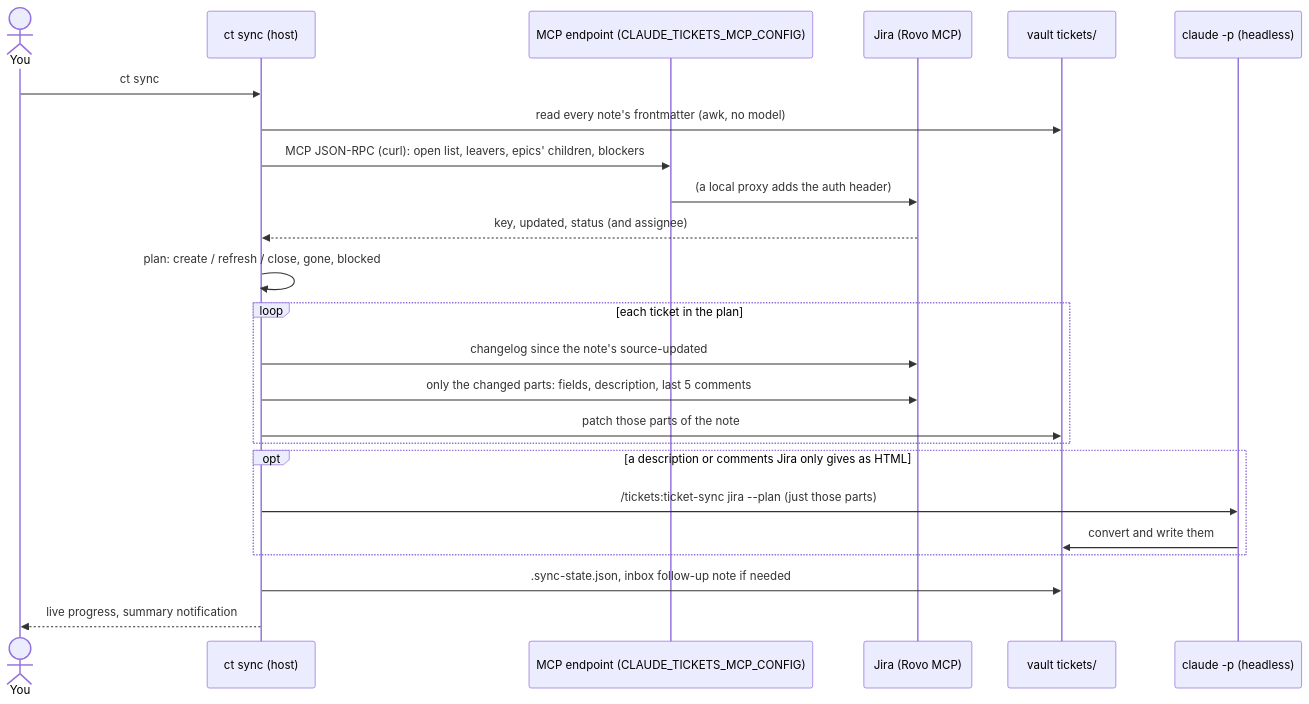
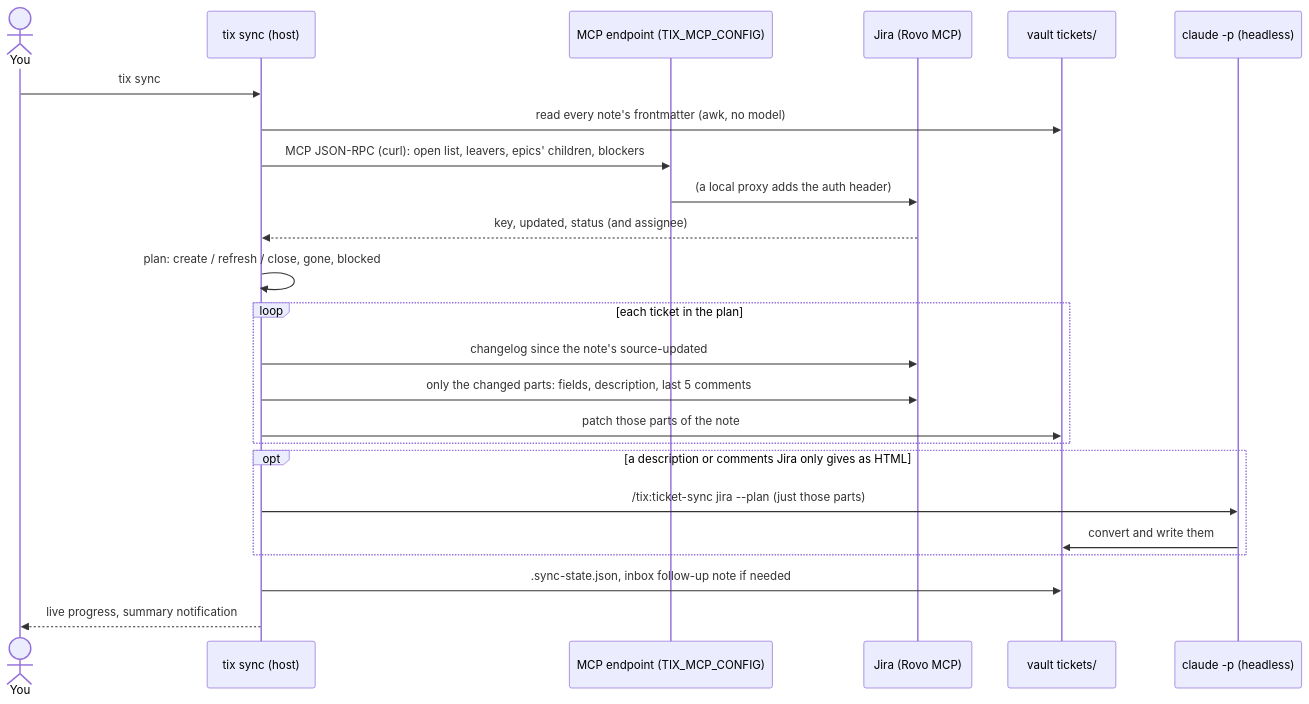
The first of 6 diagrams in README.md (zero4573/claude-tickets), drawn with Mermaid before and after one commit. The commit also changed other lines of this file and 361 other files, not shown here.

First line of the commit message:
feat!: rename claude-tickets to tix and run sessions on kiro too

````diff
--- a/README.md
+++ b/README.md
@@ -386,27 +433,27 @@
 ```mermaid
 sequenceDiagram
   actor You
-  participant TS as ct sync (host)
-  participant PX as MCP endpoint (CLAUDE_TICKETS_MCP_CONFIG)
+  participant TS as tix sync (host)
+  participant PX as MCP endpoint (TIX_MCP_CONFIG)
   participant J as Jira (Rovo MCP)
   participant V as vault tickets/
   participant SB as claude -p (headless)
 
-  You->>TS: ct sync
+  You->>TS: tix sync
   TS->>V: read every note's frontmatter (awk, no model)
   TS->>PX: MCP JSON-RPC (curl): open list, leavers, epics' children, blockers
   PX->>J: (a local proxy adds the auth header)
   J-->>TS: key, updated, status (and assignee)
   TS->>TS: plan: create / refresh / close, gone, blocked
   loop each ticket in the plan
     TS->>J: changelog since the note's source-updated
     TS->>J: only the changed parts: fields, description, last 5 comments
     TS->>V: patch those parts of the note
   end
   opt a description or comments Jira only gives as HTML
-    TS->>SB: /tickets:ticket-sync jira --plan (just those parts)
+    TS->>SB: /tix:ticket-sync jira --plan (just those parts)
     SB->>V: convert and write them
   end
   TS->>V: .sync-state.json, inbox follow-up note if needed
   TS-->>You: live progress, summary notification
 ```
````
